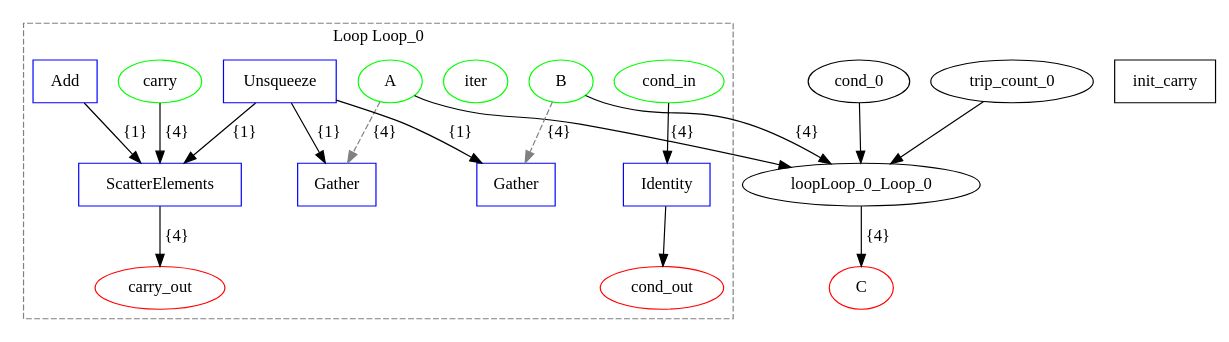
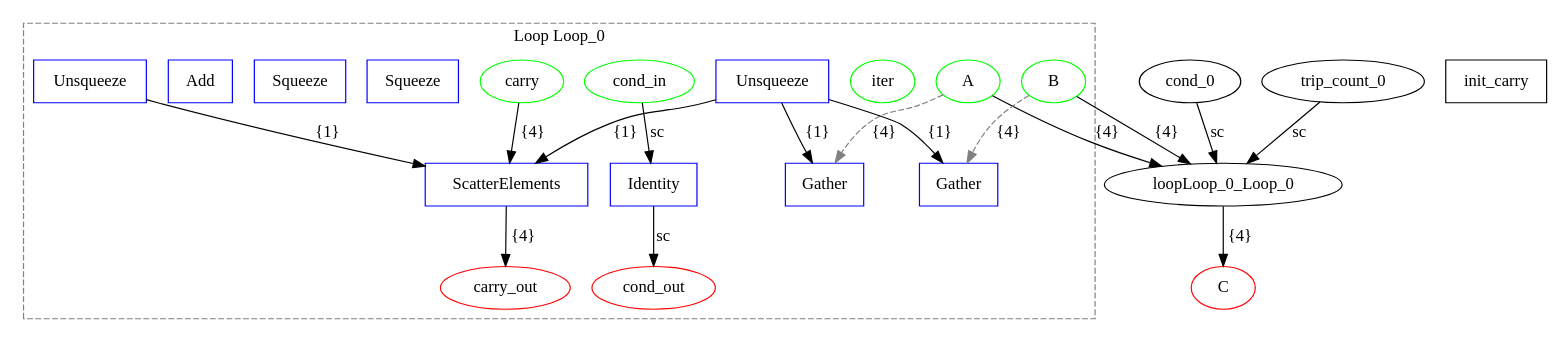
The diagram in examples/onnx/vectoradd_test.dot (specs-feup/onnx-flow), drawn with Graphviz before and after one commit. The commit also changed 52 other files, not shown here.

```diff
--- a/examples/onnx/vectoradd_test.dot
+++ b/examples/onnx/vectoradd_test.dot
@@ -1,40 +1,43 @@
 digraph {
   graph [compound=true];
   A [label=A shape=ellipse color="#00FF00"];
   B [label=B shape=ellipse color="#00FF00"];
   C [label=C shape=ellipse color="#FF0000"];
   init_carry [label=init_carry shape=box];
   subgraph cluster_loop_Loop_0 {
     graph [rankdir=LR compound=true];
     loopLoop_0_iter [label=iter shape=ellipse color="#00FF00"];
     loopLoop_0_cond_in [label=cond_in shape=ellipse color="#00FF00"];
     loopLoop_0_carry [label=carry shape=ellipse color="#00FF00"];
     loopLoop_0_unsq [label=Unsqueeze shape=box color="#0000FF"];
     loopLoop_0_unsq -> loopLoop_0_gather_A_0 [label="{1}"];
     loopLoop_0_unsq -> loopLoop_0_gather_B_0 [label="{1}"];
     loopLoop_0_unsq -> loopLoop_0_scatter [label="{1}"];
     loopLoop_0_gather_A_0 [label=Gather shape=box color="#0000FF"];
     loopLoop_0_gather_B_0 [label=Gather shape=box color="#0000FF"];
+    loopLoop_0_sq_0_in0_scalar [label=Squeeze shape=box color="#0000FF"];
+    loopLoop_0_sq_0_in1_scalar [label=Squeeze shape=box color="#0000FF"];
     loopLoop_0_Add_0 [label=Add shape=box color="#0000FF"];
-    loopLoop_0_Add_0 -> loopLoop_0_scatter [label="{1}"];
+    loopLoop_0_updateUnsq [label=Unsqueeze shape=box color="#0000FF"];
+    loopLoop_0_updateUnsq -> loopLoop_0_scatter [label="{1}"];
     loopLoop_0_scatter [label=ScatterElements shape=box color="#0000FF"];
     loopLoop_0_id_cond [label=Identity shape=box color="#0000FF"];
     loopLoop_0_cond_out [label=cond_out shape=ellipse color="#FF0000"];
     loopLoop_0_carry_out [label=carry_out shape=ellipse color="#FF0000"];
     loopLoop_0_carry -> loopLoop_0_scatter [label="{4}"];
-    loopLoop_0_cond_in -> loopLoop_0_id_cond [label=""];
+    loopLoop_0_cond_in -> loopLoop_0_id_cond [label=sc];
     loopLoop_0_scatter -> loopLoop_0_carry_out [label="{4}"];
-    loopLoop_0_id_cond -> loopLoop_0_cond_out [label=""];
+    loopLoop_0_id_cond -> loopLoop_0_cond_out [label=sc];
     A -> loopLoop_0_gather_A_0 [style=dashed color=gray label="{4}"];
     B -> loopLoop_0_gather_B_0 [style=dashed color=gray label="{4}"];
     graph [label="Loop Loop_0"];
     graph [style=dashed];
     graph [color=gray];
   }
 
   A -> loopLoop_0_Loop_0 [label="{4}" lhead=cluster_loop_Loop_0];
-  cond_0 -> loopLoop_0_Loop_0 [label="" lhead=cluster_loop_Loop_0];
+  cond_0 -> loopLoop_0_Loop_0 [label=sc lhead=cluster_loop_Loop_0];
   loopLoop_0_Loop_0 -> C [label="{4}" ltail=cluster_loop_Loop_0];
   B -> loopLoop_0_Loop_0 [label="{4}" lhead=cluster_loop_Loop_0];
-  trip_count_0 -> loopLoop_0_Loop_0 [label="" lhead=cluster_loop_Loop_0];
+  trip_count_0 -> loopLoop_0_Loop_0 [label=sc lhead=cluster_loop_Loop_0];
 }
```
